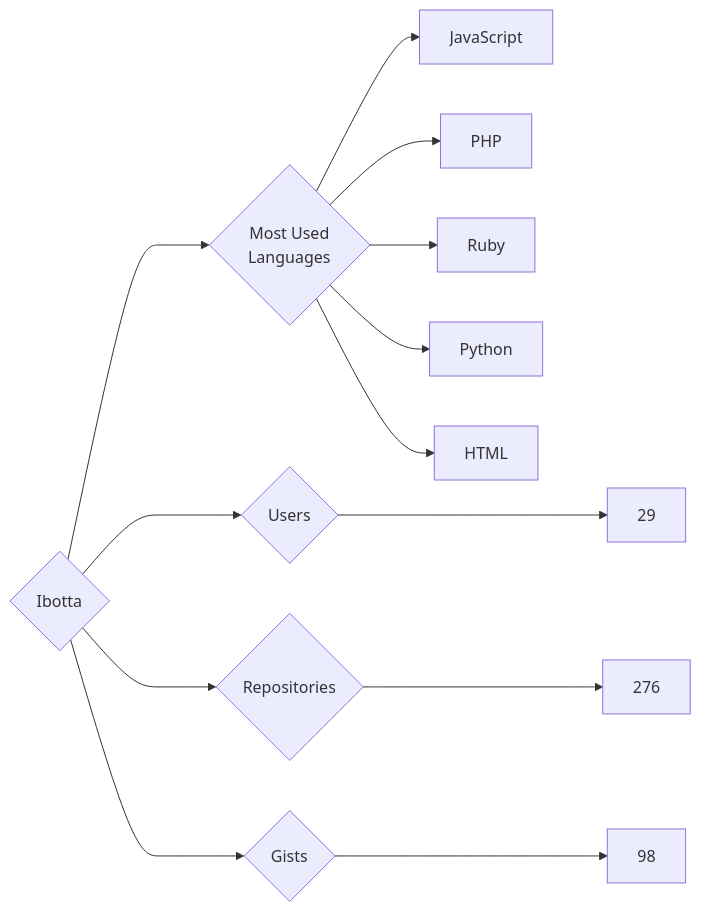
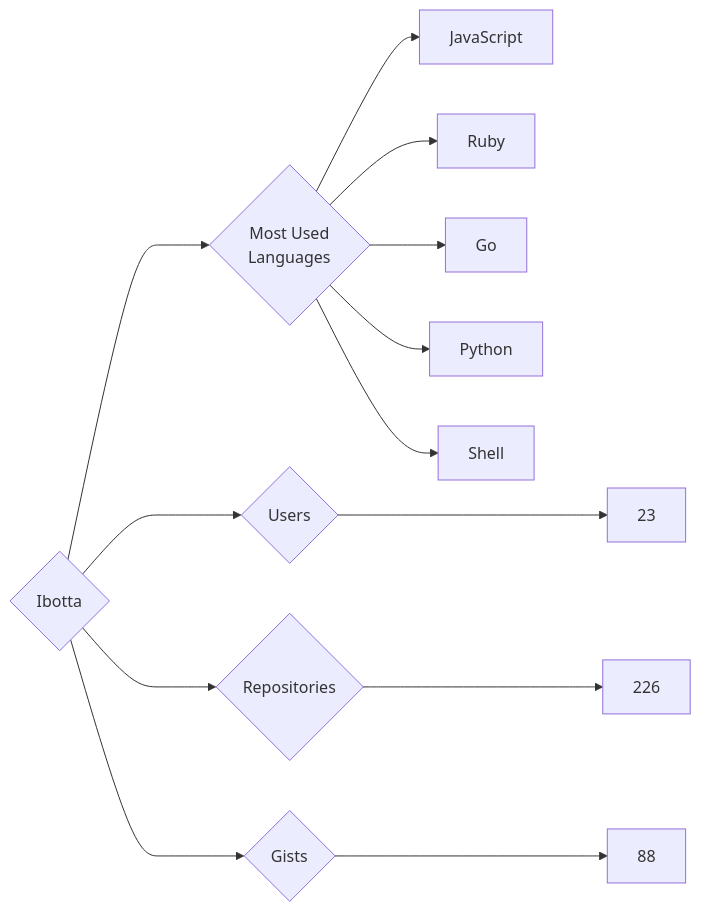
One commit to trickest/insiders changed the diagram in targets/Ibotta/README.md. Above: the diagram before and after it, drawn with Mermaid. The commit also changed 951 other files, not shown here.

````diff
--- a/targets/Ibotta/README.md
+++ b/targets/Ibotta/README.md
@@ -3,13 +3,13 @@
 ```mermaid
 graph LR
 COMPANY_NAME{Ibotta}
-COMPANY_NAME ---> U{Users} ---> UN[29]
-COMPANY_NAME ---> R{Repositories} ---> RN[276]
-COMPANY_NAME ---> G{Gists} ---> GN[98]
+COMPANY_NAME ---> U{Users} ---> UN[23]
+COMPANY_NAME ---> R{Repositories} ---> RN[226]
+COMPANY_NAME ---> G{Gists} ---> GN[88]
 COMPANY_NAME ---> ML{Most Used<br>Languages}
-ML --> JavaScript
-ML --> PHP
-ML --> Ruby
-ML --> Python
-ML --> HTML
+ML --> JavaScript[JavaScript]
+ML --> Ruby[Ruby]
+ML --> Go[Go]
+ML --> Python[Python]
+ML --> Shell[Shell]
 ```
````
